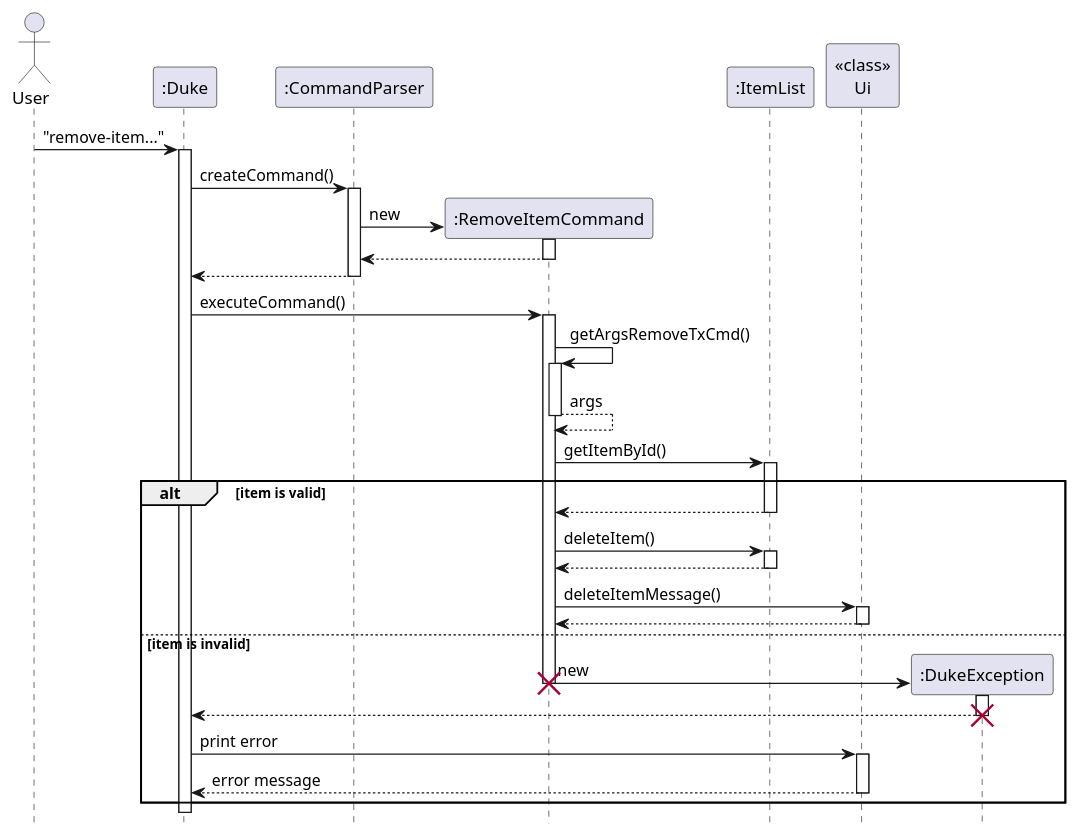
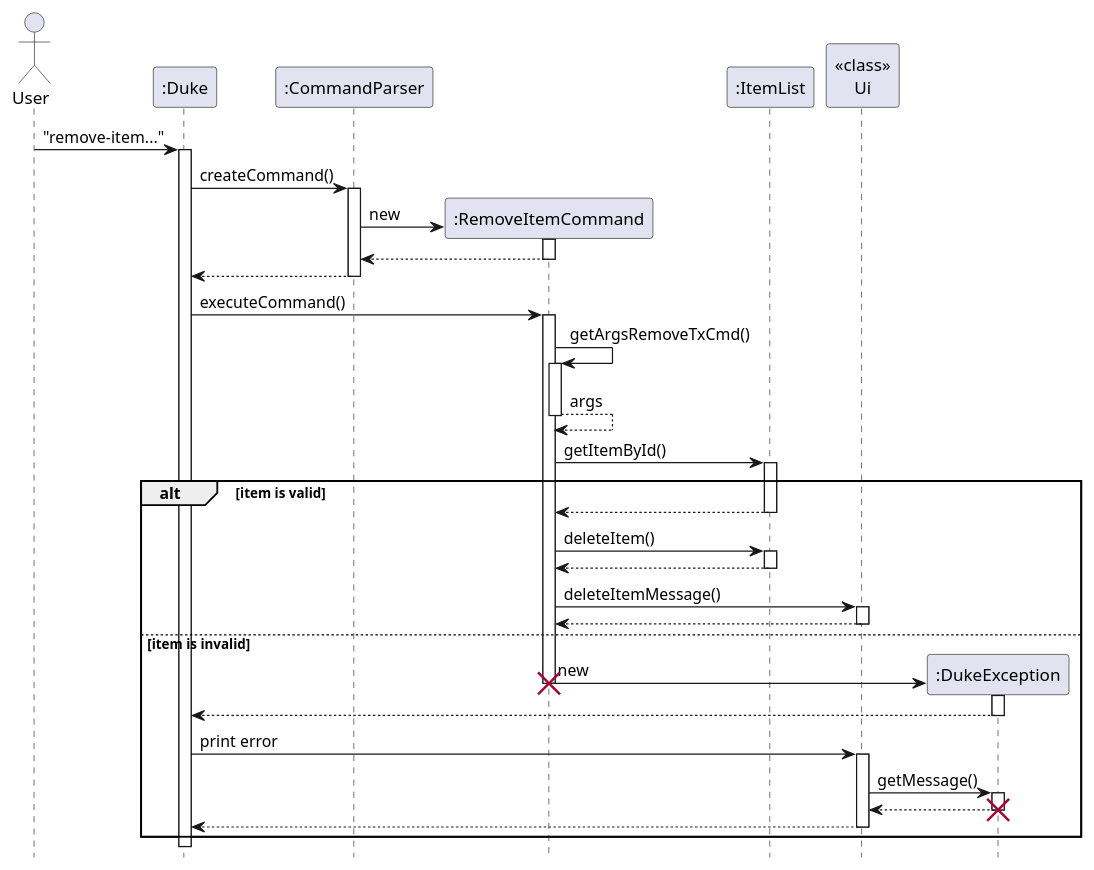
The diagram in docs/diagrams/item/RemoveItemSequence.puml (nus-cs2113-AY2223S1/tp), drawn with PlantUML before and after one commit. The commit also changed 25 other files, not shown here.

Commit message:
Edit Class Diagrams (remove notations)

```diff
--- a/docs/diagrams/item/RemoveItemSequence.puml
+++ b/docs/diagrams/item/RemoveItemSequence.puml
@@ -1,46 +1,50 @@
 @startuml
 hide footbox
 
 Actor User
 "User" -> ":Duke": "remove-item..."
 activate ":Duke"
 ":Duke" -> ":CommandParser": createCommand()
 activate ":CommandParser"
 ":CommandParser" -> ":RemoveItemCommand"**: new
 activate ":RemoveItemCommand"
 return
 ":CommandParser" --> ":Duke"
 deactivate
 
 ":Duke" -> ":RemoveItemCommand" : executeCommand()
 activate ":RemoveItemCommand"
 ":RemoveItemCommand" -> ":RemoveItemCommand": getArgsRemoveTxCmd()
 activate ":RemoveItemCommand"
 return args
     ":RemoveItemCommand" -> ":ItemList": getItemById()
     activate ":ItemList"
 alt item is valid
     ":ItemList" --> ":RemoveItemCommand"
     deactivate ":ItemList"
     ":RemoveItemCommand" -> ":ItemList": deleteItem()
     activate ":ItemList"
     return
     ":RemoveItemCommand" -> "<<class>>\nUi": deleteItemMessage()
     activate "<<class>>\nUi"
     return
     deactivate "<<class>>\nUi"
     deactivate ":ItemList"
 else item is invalid
     ":RemoveItemCommand" -> ":DukeException"** : new
     destroy ":RemoveItemCommand"
     activate ":DukeException"
     ":DukeException" --> ":Duke"
-    destroy ":DukeException"
+    deactivate ":DukeException"
     ":Duke" -> "<<class>>\nUi" : print error
     activate "<<class>>\nUi"
-    "<<class>>\nUi" --> ":Duke" : error message
+    "<<class>>\nUi" -> ":DukeException": getMessage()
+    activate ":DukeException"
+    return
+    destroy ":DukeException"
+    "<<class>>\nUi" --> ":Duke"
     deactivate "<<class>>\nUi"
 end
 deactivate ":RemoveItemCommand"
 
 @enduml
```
